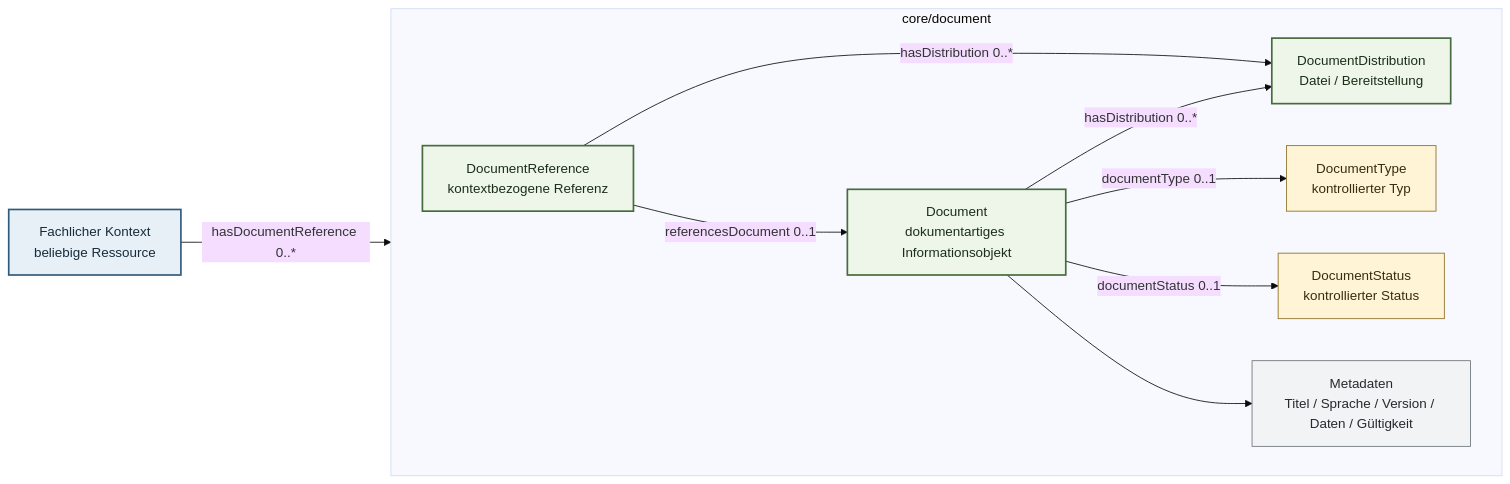
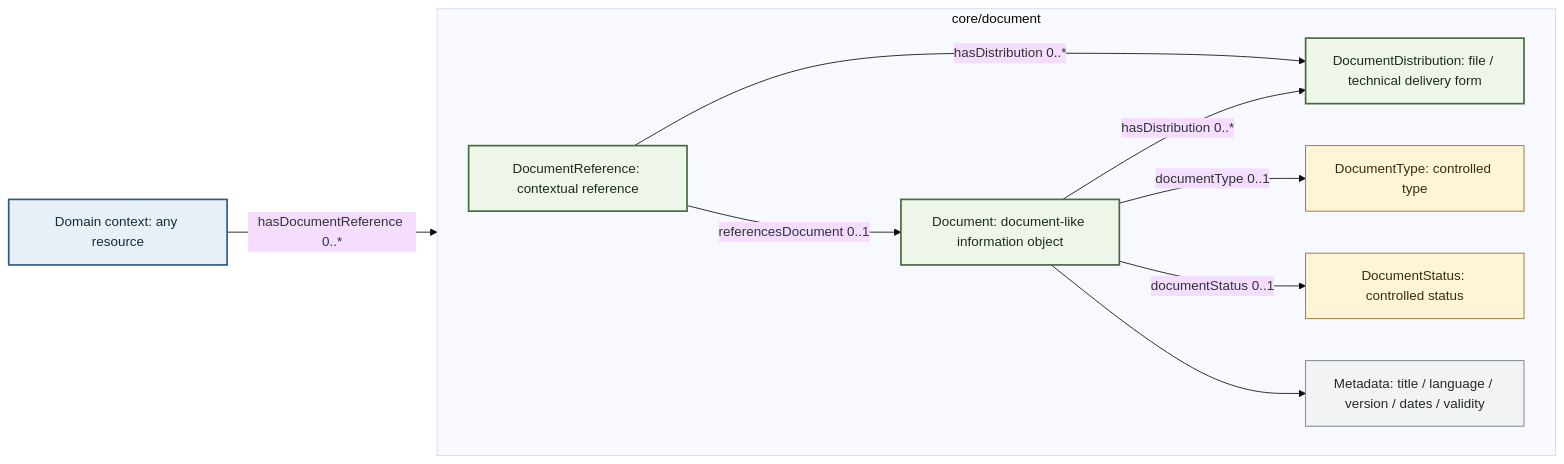
One commit to project-construct-x/constructx-ontologies changed the first of 5 diagrams in modules/core/document/docs/diagrams/document-concept-model.md. Above: the diagram before and after it, drawn with Mermaid (base theme). The commit also changed other lines of this file and 230 other files, not shown here.

````diff
--- a/modules/core/document/docs/diagrams/document-concept-model.md
+++ b/modules/core/document/docs/diagrams/document-concept-model.md
@@ -12,32 +10,32 @@
 ```mermaid
 flowchart LR
-    Context["Fachlicher Kontext<br/>beliebige Ressource"]
+    Context["Domain context: any resource"]
 
     subgraph DOC["core/document"]
         direction LR
-        Ref["DocumentReference<br/>kontextbezogene Referenz"]
-        Document["Document<br/>dokumentartiges Informationsobjekt"]
-        Distribution["DocumentDistribution<br/>Datei / Bereitstellung"]
-        Type["DocumentType<br/>kontrollierter Typ"]
-        Status["DocumentStatus<br/>kontrollierter Status"]
-        Metadata["Metadaten<br/>Titel / Sprache / Version / Daten / Gültigkeit"]
+        Ref["DocumentReference: contextual reference"]
+        Document["Document: document-like information object"]
+        Distribution["DocumentDistribution: file / technical delivery form"]
+        Type["DocumentType: controlled type"]
+        Status["DocumentStatus: controlled status"]
+        Metadata["Metadata: title / language / version / dates / validity"]
     end
 
     Context -->|"hasDocumentReference 0..*"| Ref
     Ref -->|"referencesDocument 0..1"| Document
     Ref -->|"hasDistribution 0..*"| Distribution
     Document -->|"hasDistribution 0..*"| Distribution
     Document -->|"documentType 0..1"| Type
     Document -->|"documentStatus 0..1"| Status
     Document --> Metadata
 
     classDef context fill:#e7f0f7,stroke:#315b7d,color:#172b3a,stroke-width:2px;
     classDef core fill:#edf6e9,stroke:#466b3c,color:#1d2d19,stroke-width:2px;
     classDef vocab fill:#fff4d6,stroke:#8c6d1f,color:#392d0e;
     classDef meta fill:#f1f3f4,stroke:#6b747a,color:#252a2d;
 
     class Context context;
     class Ref,Document,Distribution core;
     class Type,Status vocab;
     class Metadata meta;
 ```
````
